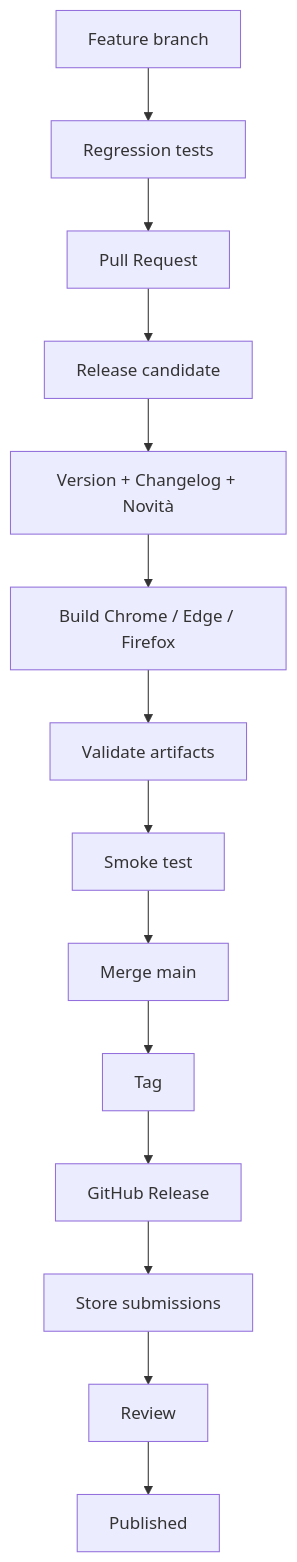
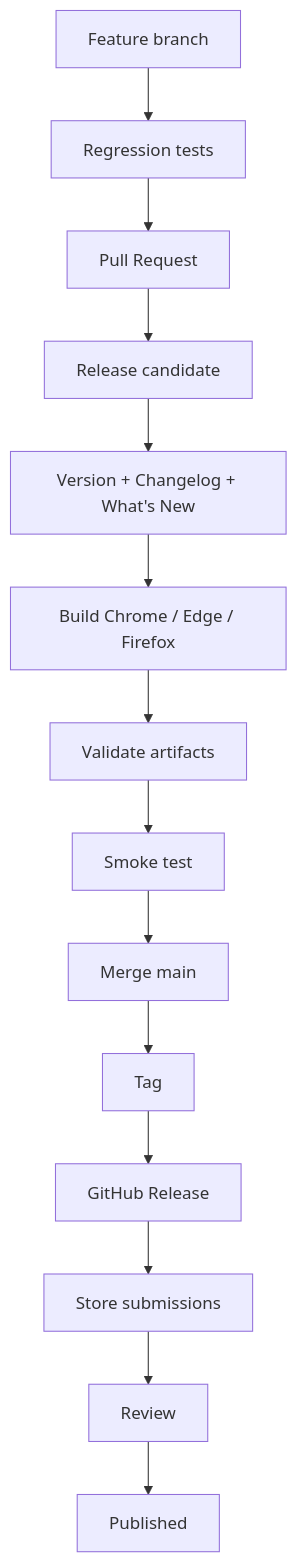
The first of 3 diagrams in docs/inside-plumepilot/en/15-git-branches-prs-and-release-engineering.md (PlumePilot/plumepilot), drawn with Mermaid before and after one commit.

Commit message:
docs(en): translate remaining Italian release diagram label in chapter 15

````diff
--- a/docs/inside-plumepilot/en/15-git-branches-prs-and-release-engineering.md
+++ b/docs/inside-plumepilot/en/15-git-branches-prs-and-release-engineering.md
@@ -1368,16 +1368,16 @@
 ```mermaid
 flowchart TD
     A[Feature branch] --> B[Regression tests]
     B --> C[Pull Request]
     C --> D[Release candidate]
-    D --> E[Version + Changelog + Novità]
+    D --> E[Version + Changelog + What's New]
     E --> F[Build Chrome / Edge / Firefox]
     F --> G[Validate artifacts]
     G --> H[Smoke test]
     H --> I[Merge main]
     I --> J[Tag]
     J --> K[GitHub Release]
     K --> L[Store submissions]
     L --> M[Review]
     M --> N[Published]
 ```
````
